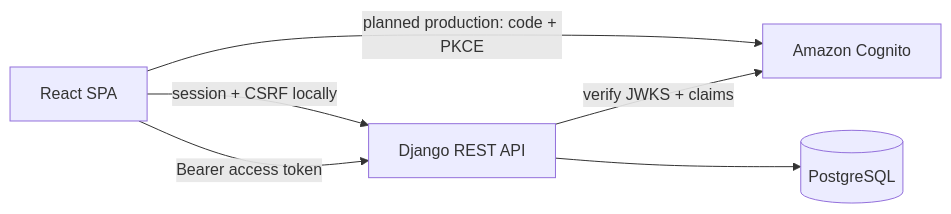
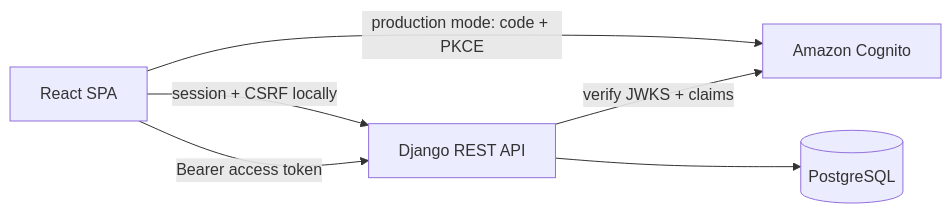
Before and after one commit to Cooljmuno/cloud-finance-tracker: the first of 2 diagrams in README.md, drawn with Mermaid. The commit also changed other lines of this file and 42 other files, not shown here.

````diff
--- a/README.md
+++ b/README.md
@@ -63,8 +71,8 @@
 ```mermaid
 flowchart LR
     SPA[React SPA] -->|session + CSRF locally| API[Django REST API]
-    SPA -->|planned production: code + PKCE| Cognito[Amazon Cognito]
+    SPA -->|production mode: code + PKCE| Cognito[Amazon Cognito]
     SPA -->|Bearer access token| API
     API -->|verify JWKS + claims| Cognito
     API --> DB[(PostgreSQL)]
 ```
````
